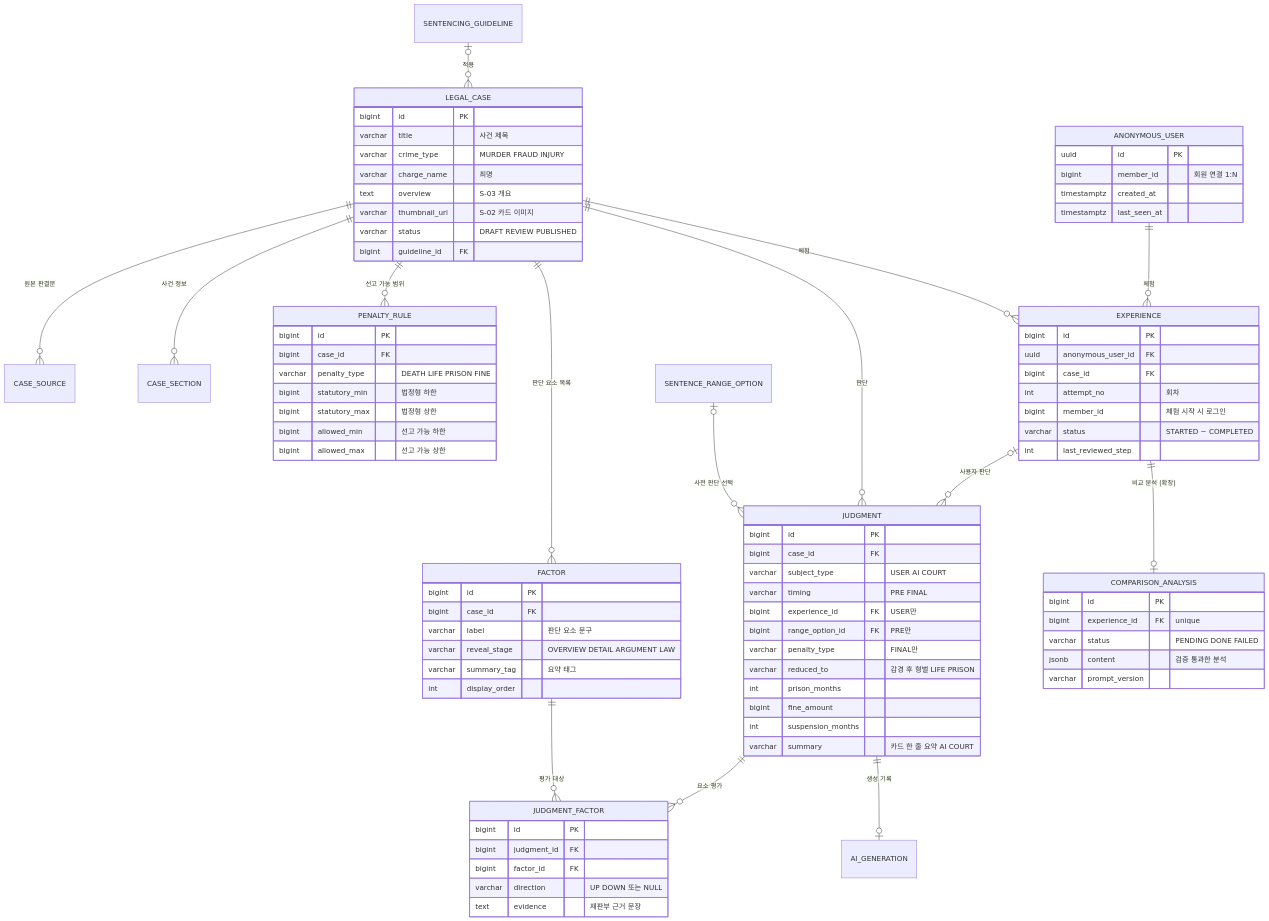
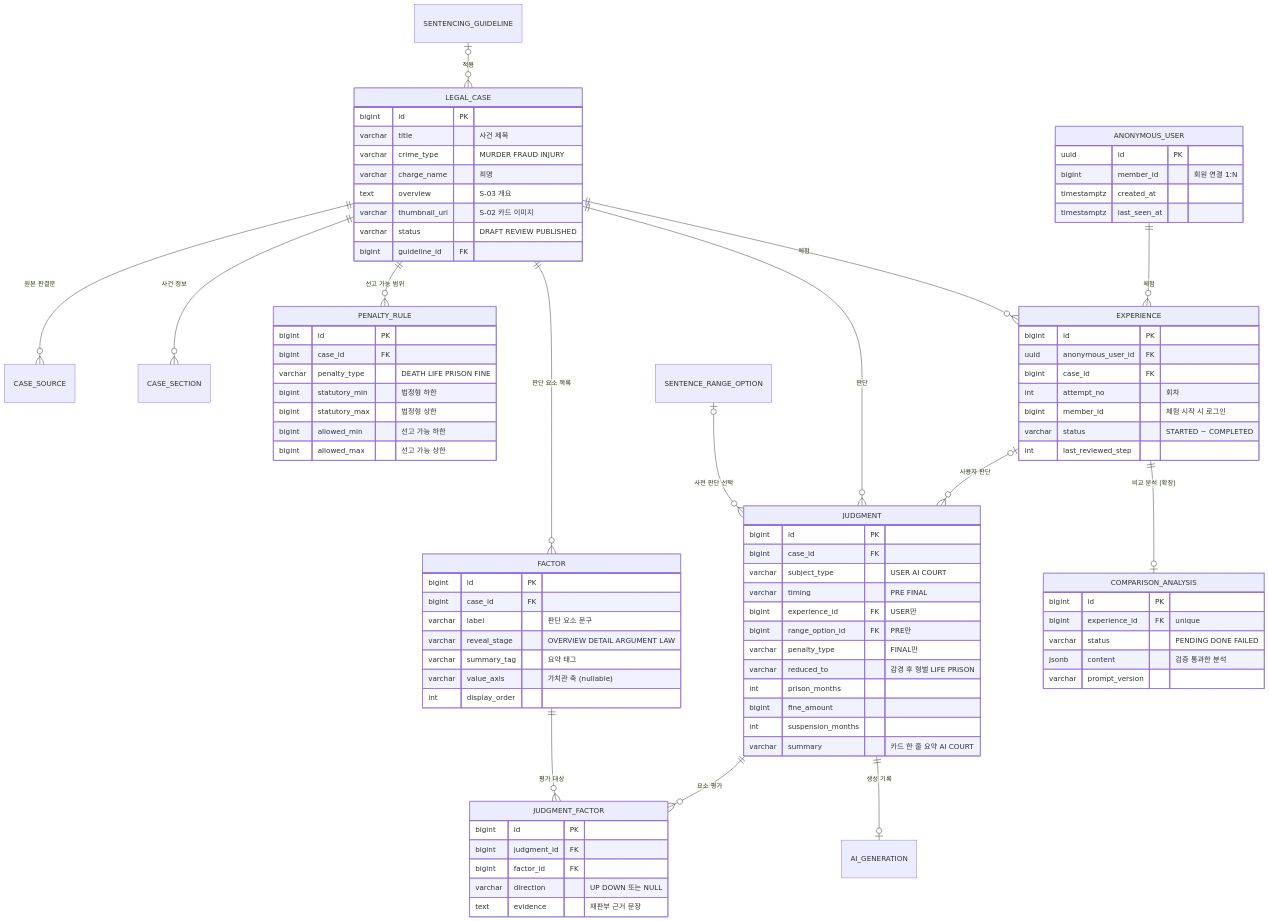
The diagram in docs/erd.md (prgrms-aibe-devcourse/AIBE7_FinalProject_Team2), drawn with Mermaid before and after one commit. The commit also changed other lines of this file and 10 other files, not shown here.

Commit message:
feat : BE-47 판단 요소 가치관 축(valueAxis) 분류 추가 (factor.value_axis · 추출기 extract-v5 · 적재 SQL)

```diff
--- a/docs/erd.md
+++ b/docs/erd.md
@@ -74,6 +75,7 @@
         varchar label "판단 요소 문구"
         varchar reveal_stage "OVERVIEW DETAIL ARGUMENT LAW"
         varchar summary_tag "요약 태그"
+        varchar value_axis "가치관 축 (nullable)"
         int display_order
     }
     ANONYMOUS_USER {
```
